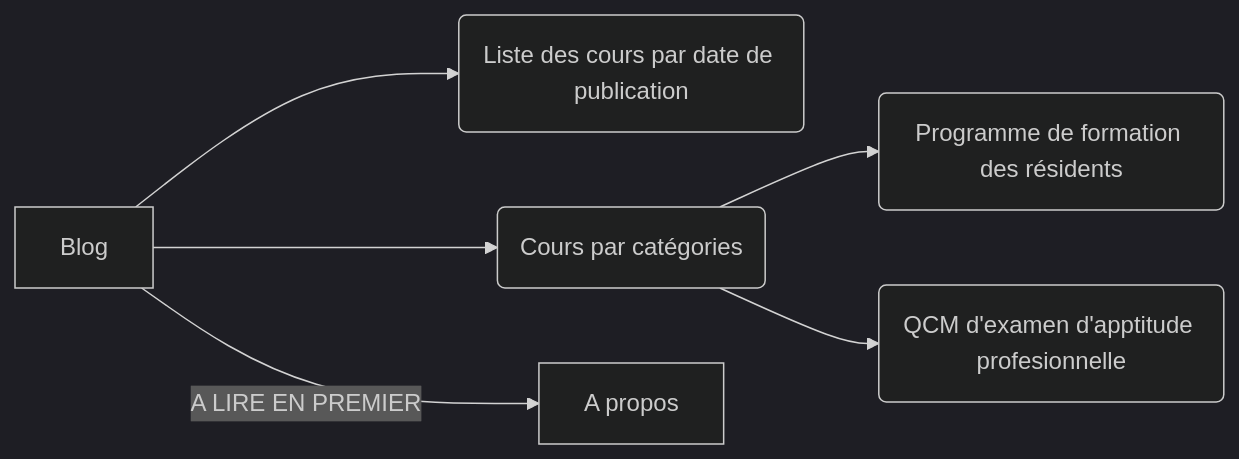
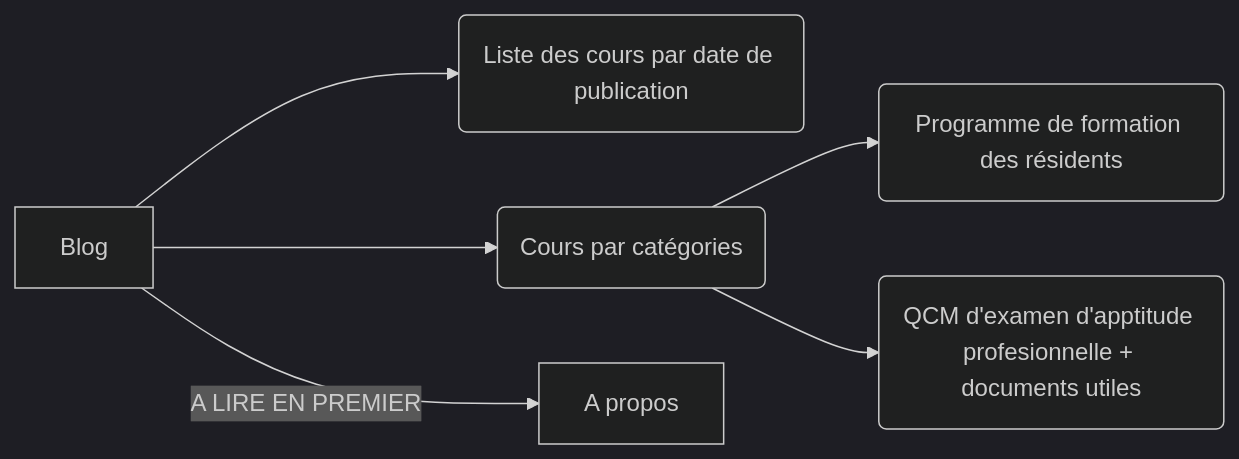
Before and after one commit to saadlamjadli/COURS: the diagram in content/about/index.en.md, drawn with Mermaid (dark theme). The commit also changed 2 other files, not shown here.

Commit message:
telechagement

```diff
--- a/content/about/index.en.md
+++ b/content/about/index.en.md
@@ -37,8 +37,8 @@
 {{< mermaid >}}
 graph LR;
     A[Blog] -->B(Liste des cours par date de publication)
     A --> C(Cours par catégories)
     C --> E(Programme de formation des résidents)
-    C --> F(QCM d'examen d'apptitude profesionnelle)
+    C --> F(QCM d'examen d'apptitude profesionnelle + documents utiles)
     A --> |A LIRE EN PREMIER| D[A propos]
 {{< /mermaid >}}
```
